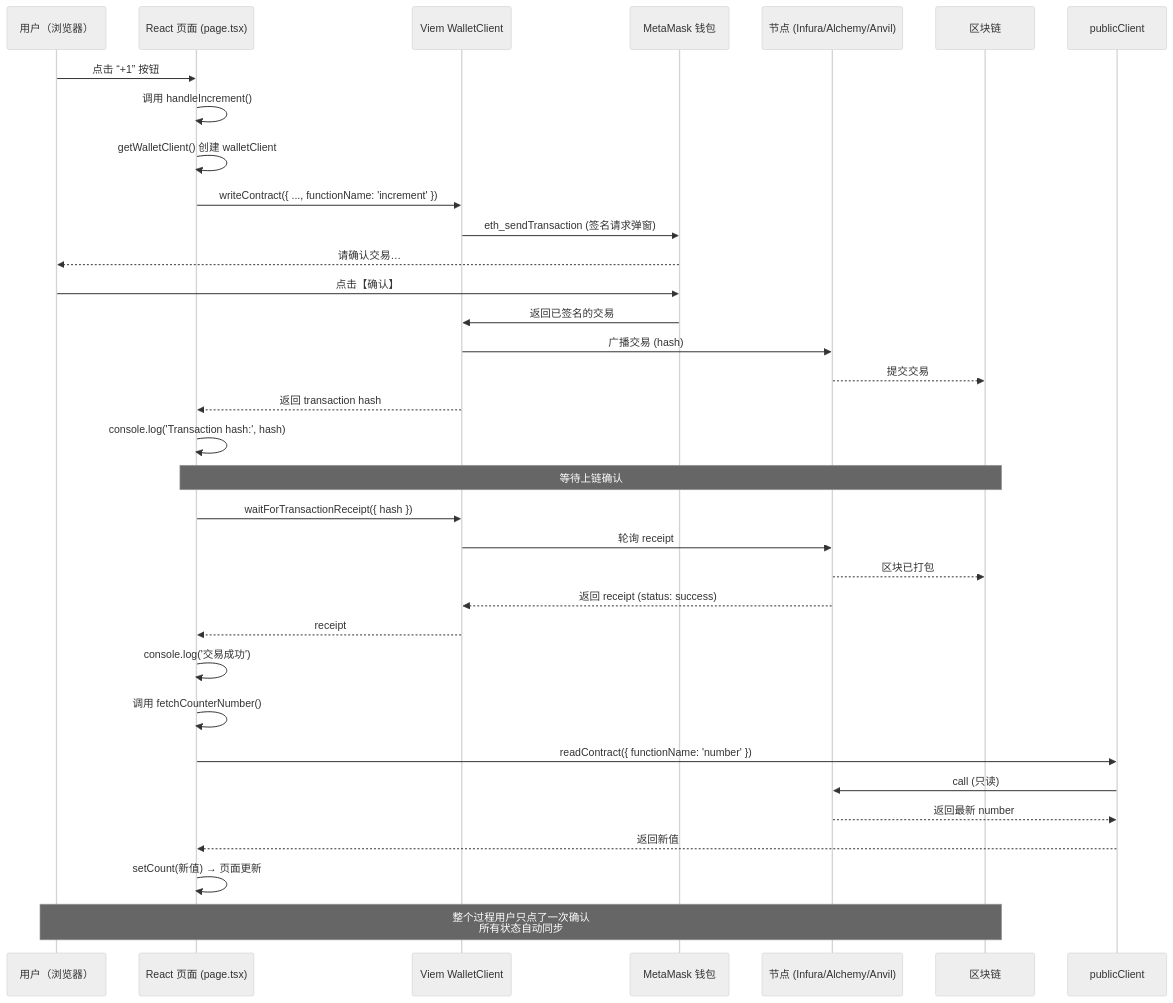
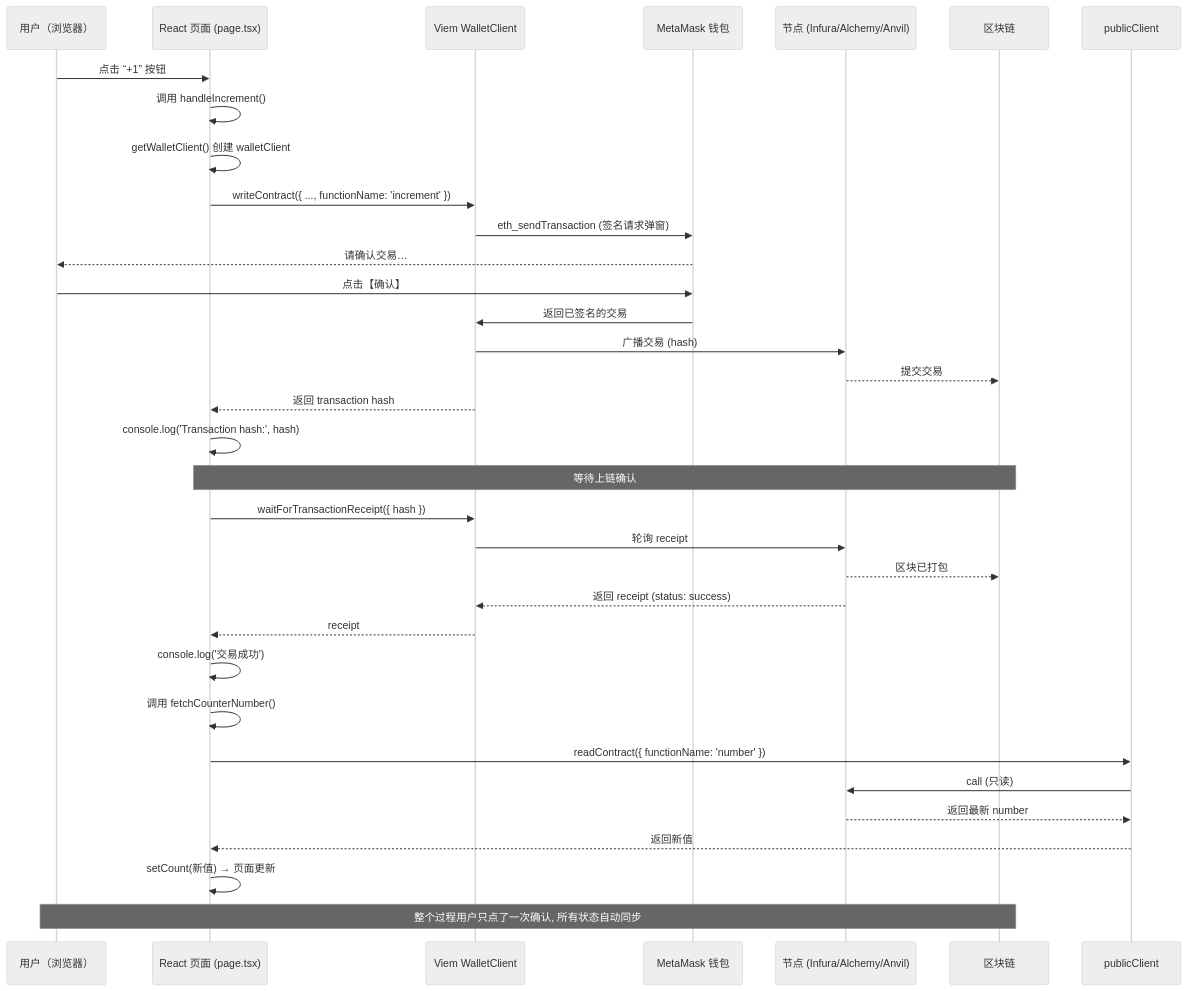
One commit to ciphermagic/ciphermagic.github.io changed the diagram in content/posts/viem-scaffold-guide.md. Above: the diagram before and after it, drawn with Mermaid (neutral theme).

Commit message:
docs: 更新序列图中添加publicClient并优化注释

````diff
--- a/content/posts/viem-scaffold-guide.md
+++ b/content/posts/viem-scaffold-guide.md
@@ -292,39 +292,40 @@
 ```mermaid
 sequenceDiagram
     participant User as 用户（浏览器）
     participant Page as React 页面 (page.tsx)
     participant WalletClient as Viem WalletClient
     participant MetaMask as MetaMask 钱包
     participant Node as 节点 (Infura/Alchemy/Anvil)
     participant Chain as 区块链
+    participant publicClient as publicClient 
 
     User->>Page: 点击 “+1” 按钮
     Page->>Page: 调用 handleIncrement()
     Page->>Page: getWalletClient() 创建 walletClient
     Page->>WalletClient: writeContract({ ..., functionName: 'increment' })
     WalletClient->>MetaMask: eth_sendTransaction (签名请求弹窗)
     MetaMask-->>User: 请确认交易…
     User->>MetaMask: 点击【确认】
     MetaMask->>WalletClient: 返回已签名的交易
     WalletClient->>Node: 广播交易 (hash)
     Node-->>Chain: 提交交易
     WalletClient-->>Page: 返回 transaction hash
     Page->>Page: console.log('Transaction hash:', hash)
 
     Note over Page,Chain: 等待上链确认
     Page->>WalletClient: waitForTransactionReceipt({ hash })
     WalletClient->>Node: 轮询 receipt
     Node-->>Chain: 区块已打包
     Node-->>WalletClient: 返回 receipt (status: success)
     WalletClient-->>Page: receipt
     Page->>Page: console.log('交易成功')
 
     Page->>Page: 调用 fetchCounterNumber()
     Page->>publicClient: readContract({ functionName: 'number' })
     publicClient->>Node: call (只读)
     Node-->>publicClient: 返回最新 number
     publicClient-->>Page: 返回新值
     Page->>Page: setCount(新值) → 页面更新
 
-    Note over User,Chain: 整个过程用户只点了一次确认<br/>所有状态自动同步
+    Note over User,Chain: 整个过程用户只点了一次确认, 所有状态自动同步
 ```
````
